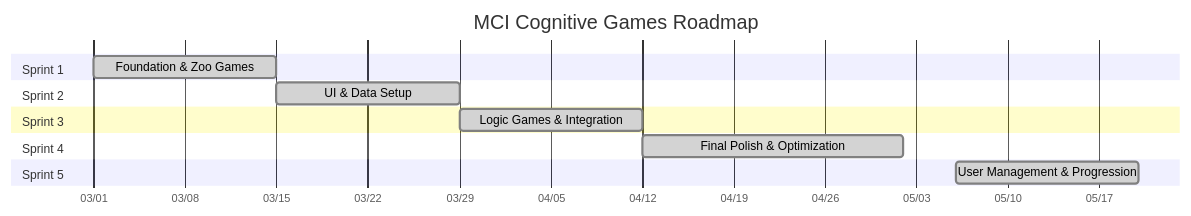
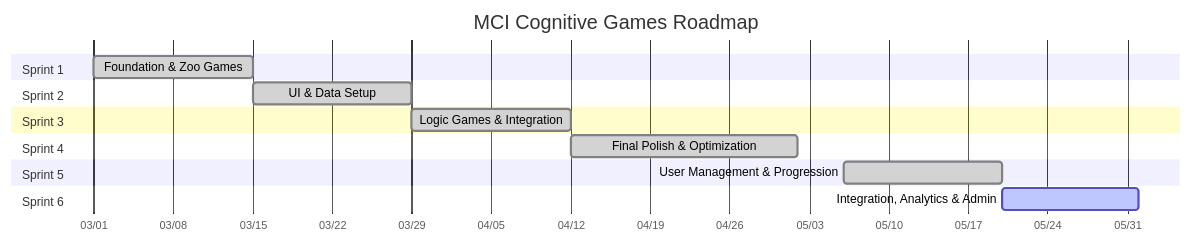
Before and after one commit to ChayutChanmueang/mci-cognitive-game-hub-dev-deploy: the diagram in docs/agile/02-sprint-planning.md, drawn with Mermaid. The commit also changed other lines of this file and 14 other files, not shown here.

````diff
--- a/docs/agile/02-sprint-planning.md
+++ b/docs/agile/02-sprint-planning.md
@@ -16,16 +17,18 @@
 ```mermaid
 gantt
     title MCI Cognitive Games Roadmap
     dateFormat  YYYY-MM-DD
     axisFormat  %m/%d
     section Sprint 1
     Foundation & Zoo Games :done, s1, 2026-03-01, 14d
     section Sprint 2
     UI & Data Setup        :done, s2, 2026-03-15, 14d
     section Sprint 3
     Logic Games & Integration :done, s3, 2026-03-29, 14d
     section Sprint 4
     Final Polish & Optimization :done, s4, 2026-04-12, 20d
     section Sprint 5
     User Management & Progression :done, s5, 2026-05-06, 14d
+    section Sprint 6
+    Integration, Analytics & Admin :active, s6, 2026-05-20, 12d
 ```
````
